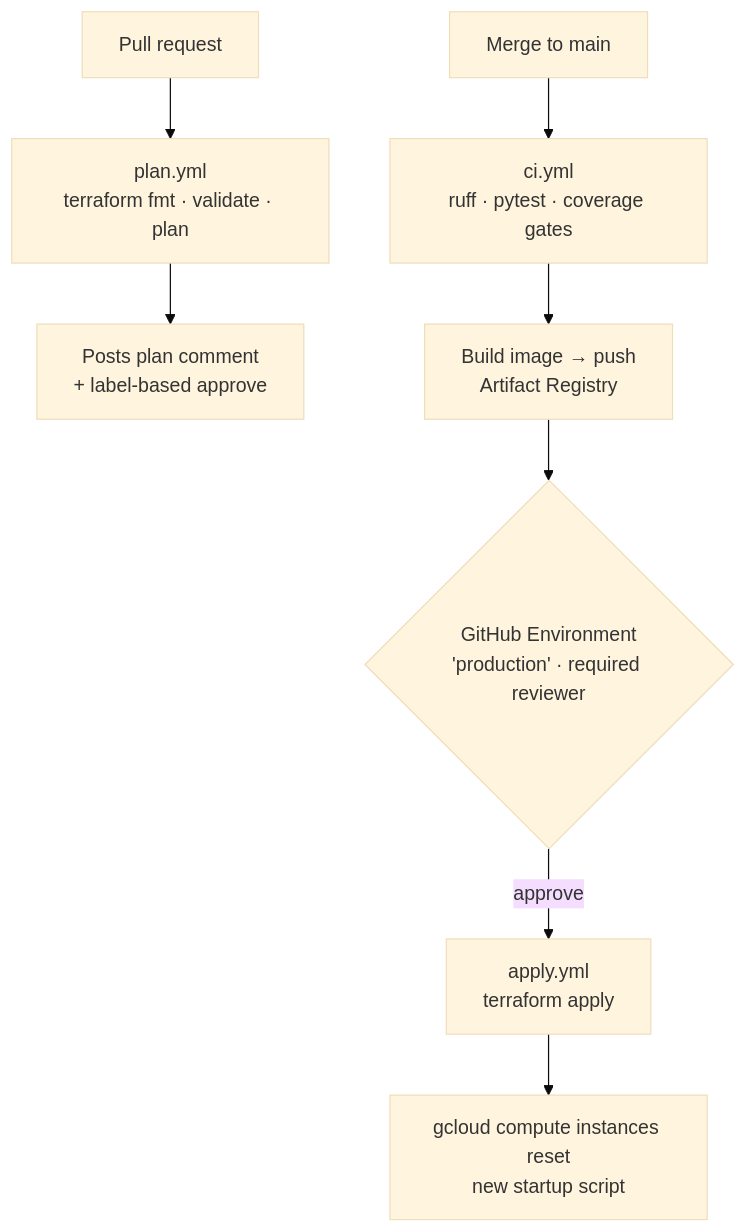
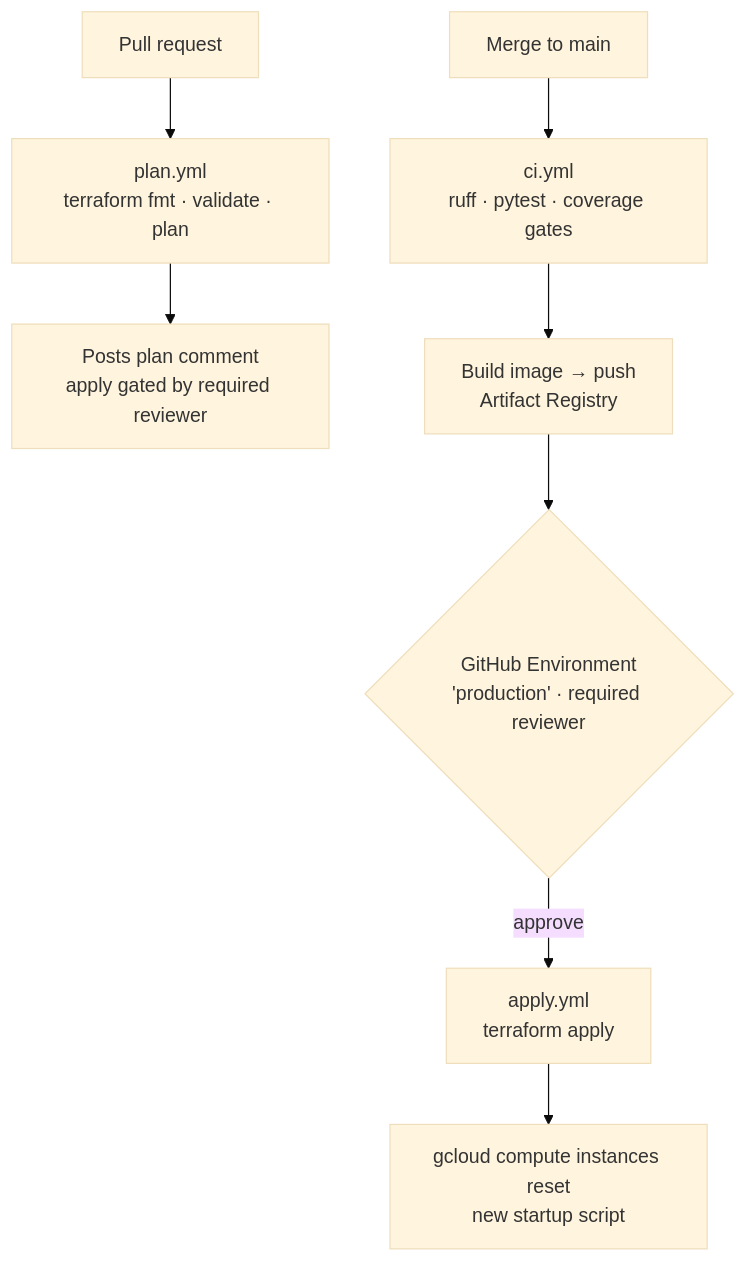
Before and after one commit to AhmedIkram05/WikiStream: the fourth of 4 diagrams in README.md, drawn with Mermaid (base theme). The commit also changed other lines of this file, not shown here.

````diff
--- a/README.md
+++ b/README.md
@@ -561,11 +568,11 @@
 ```mermaid
 flowchart TD
     PR["Pull request"] --> PLAN["plan.yml<br/>terraform fmt · validate · plan"]
-    PLAN --> CMT["Posts plan comment<br/>+ label-based approve"]
+    PLAN --> CMT["Posts plan comment<br/>apply gated by required reviewer"]
 
     M["Merge to main"] --> CI["ci.yml<br/>ruff · pytest · coverage gates"]
     CI --> IMG["Build image → push<br/>Artifact Registry"]
     IMG --> ENV{"GitHub Environment<br/>'production' · required reviewer"}
     ENV -->|approve| AP["apply.yml<br/>terraform apply"]
     AP --> RE["gcloud compute instances reset<br/>new startup script"]
 ```
````
